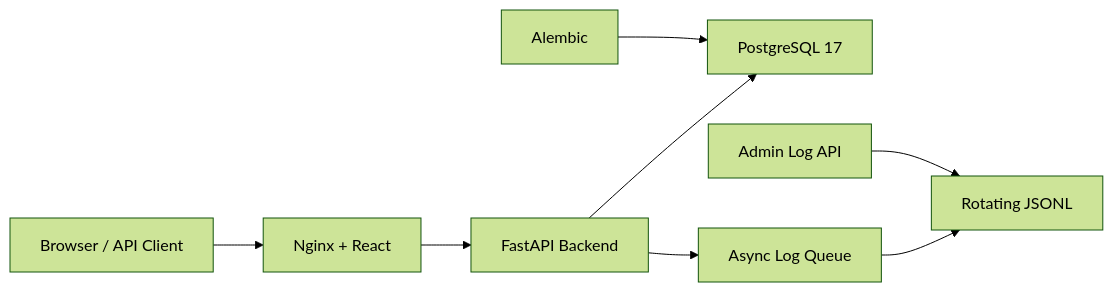
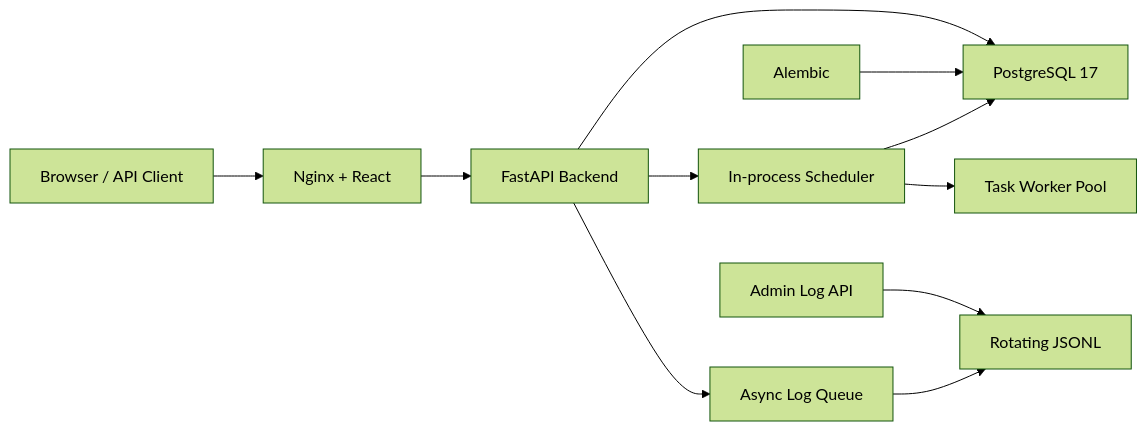
Before and after one commit to Li2Wh1te/quant-foundry: the diagram in README_ZH.md, drawn with Mermaid (forest theme). The commit also changed other lines of this file and 21 other files, not shown here.

Commit message:
Add persistent in-process task scheduler

````diff
--- a/README_ZH.md
+++ b/README_ZH.md
@@ -54,10 +55,13 @@
 ```mermaid
 flowchart LR
     Browser["Browser / API Client"] --> Frontend["Nginx + React"]
     Frontend --> Server["FastAPI Backend"]
     Server --> Database["PostgreSQL 17"]
+    Server --> Scheduler["In-process Scheduler"]
+    Scheduler --> Database
+    Scheduler --> Workers["Task Worker Pool"]
     Migration["Alembic"] --> Database
     Server --> Queue["Async Log Queue"]
     Queue --> Files["Rotating JSONL"]
     Admin["Admin Log API"] --> Files
 ```
````
